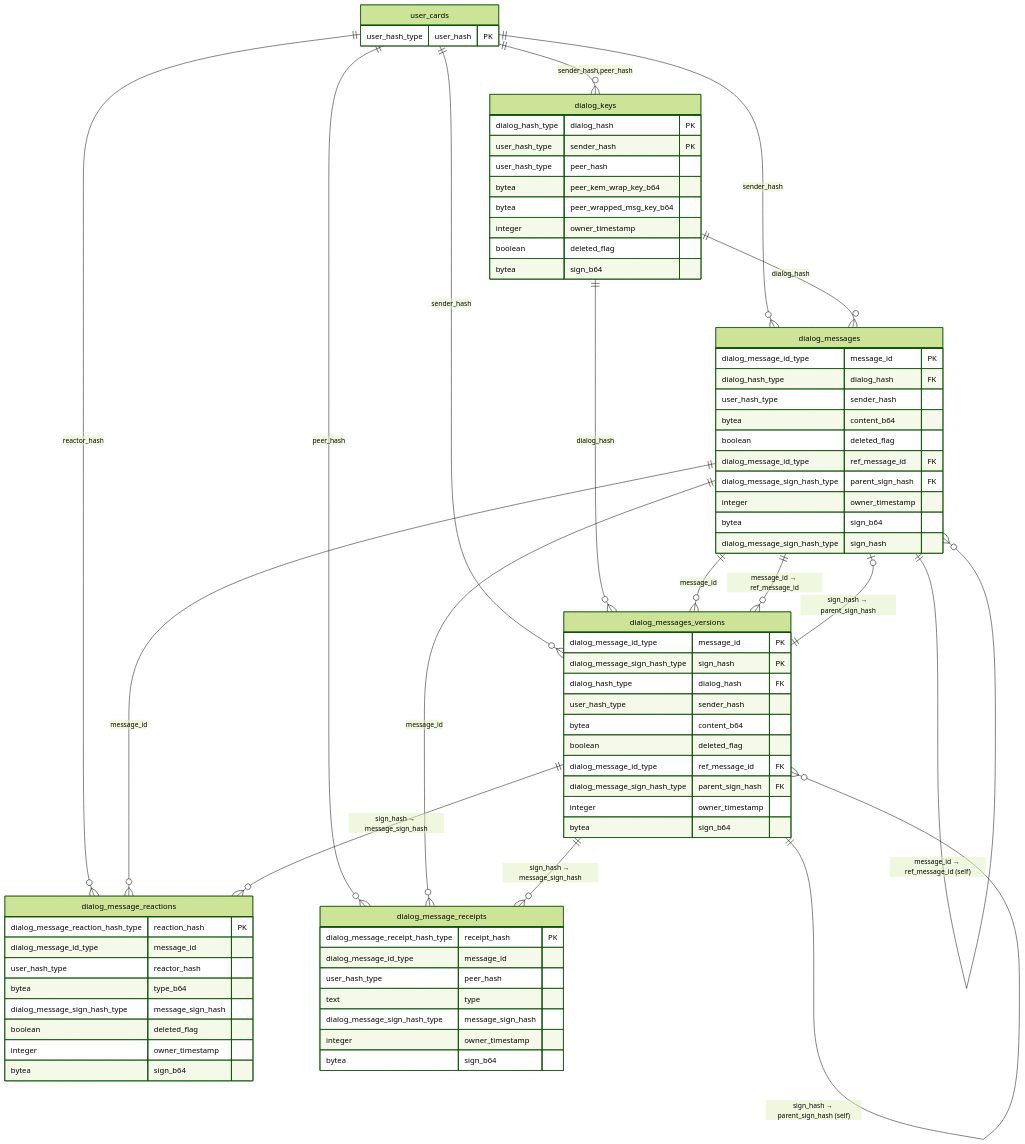
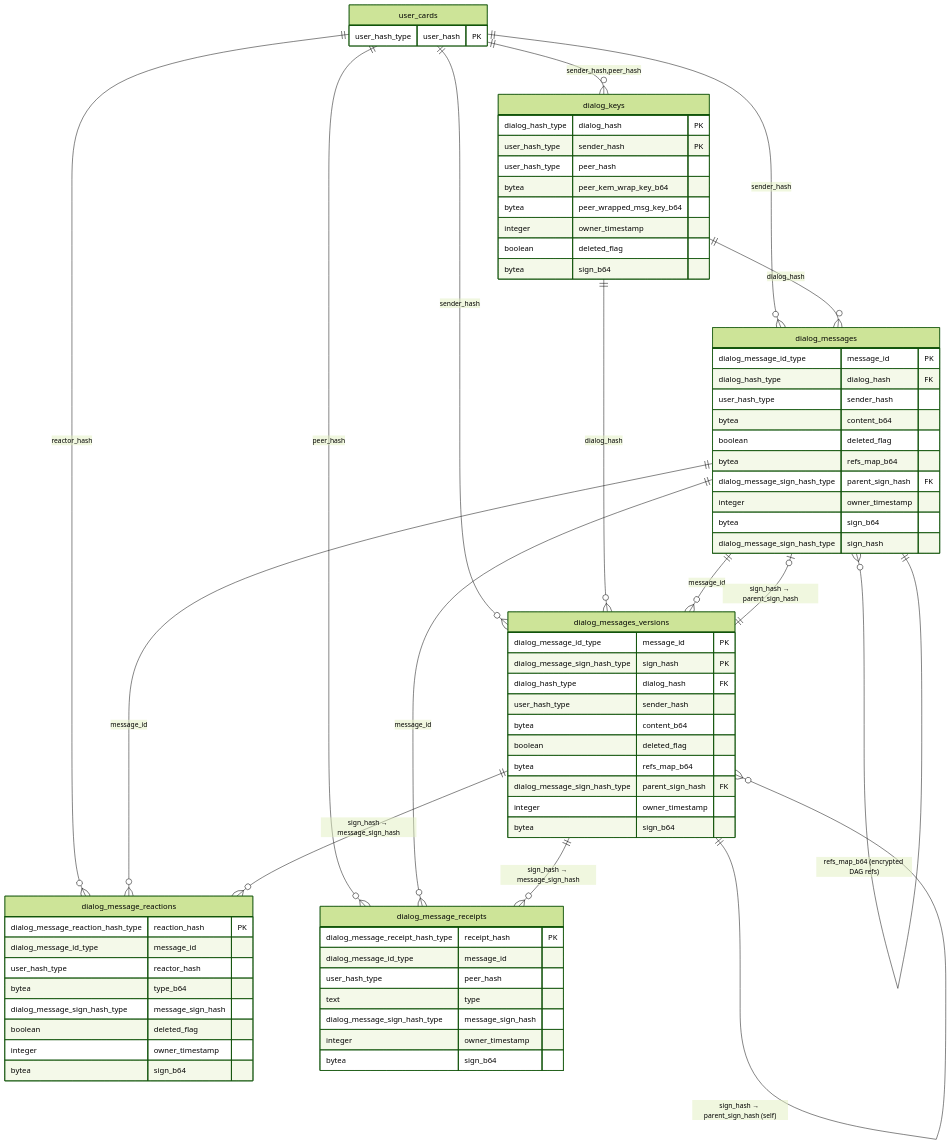
One commit to Buckitup-chat/chat changed the diagram in docs/reqs/pq_dialogs.md. Above: the diagram before and after it, drawn with Mermaid (forest theme). The commit also changed other lines of this file and 2 other files, not shown here.

Commit message:
pq: dialog message references

```diff
--- a/docs/reqs/pq_dialogs.md
+++ b/docs/reqs/pq_dialogs.md
@@ -32,8 +32,7 @@
     dialog_messages          ||--o{ dialog_messages_versions : "message_id"
     dialog_messages_versions ||--o| dialog_messages          : "sign_hash → parent_sign_hash"
     dialog_messages_versions ||--o{ dialog_messages_versions : "sign_hash → parent_sign_hash (self)"
-    dialog_messages          ||--o{ dialog_messages          : "message_id → ref_message_id (self)"
-    dialog_messages          ||--o{ dialog_messages_versions : "message_id → ref_message_id"
+    dialog_messages          }o--|| dialog_messages          : "refs_map_b64 (encrypted DAG refs)"
 
     dialog_messages          ||--o{ dialog_message_reactions : "message_id"
     dialog_messages_versions ||--o{ dialog_message_reactions : "sign_hash → message_sign_hash"
@@ -62,7 +61,7 @@
         user_hash_type                sender_hash
         bytea                         content_b64
         boolean                       deleted_flag
-        dialog_message_id_type        ref_message_id    FK
+        bytea                         refs_map_b64
         dialog_message_sign_hash_type parent_sign_hash  FK
         integer                       owner_timestamp
         bytea                         sign_b64
@@ -76,7 +75,7 @@
         user_hash_type                sender_hash
         bytea                         content_b64
         boolean                       deleted_flag
-        dialog_message_id_type        ref_message_id    FK
+        bytea                         refs_map_b64
         dialog_message_sign_hash_type parent_sign_hash  FK
         integer                       owner_timestamp
         bytea                         sign_b64
```
